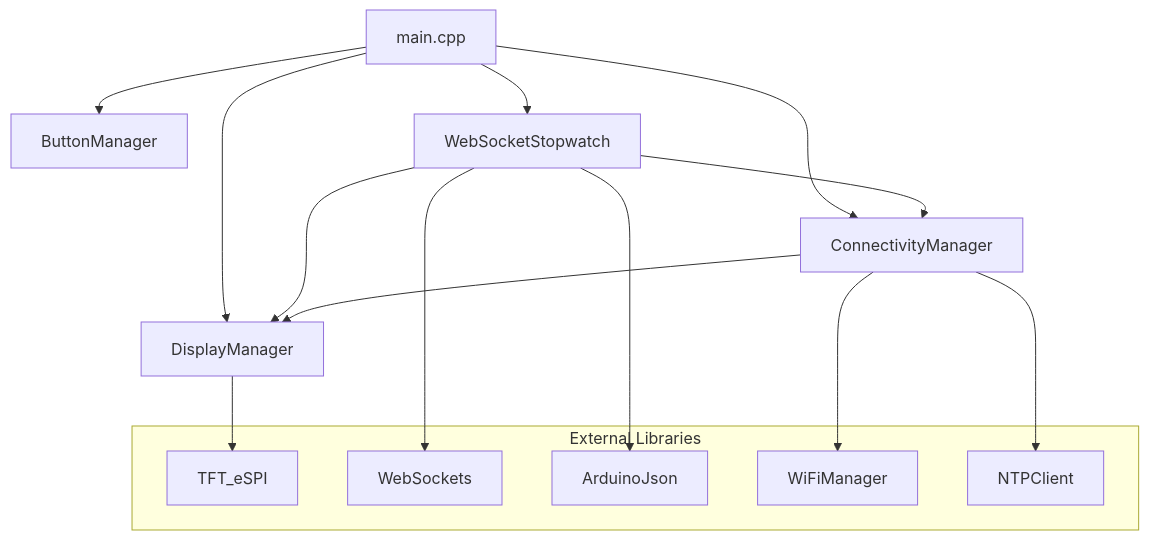
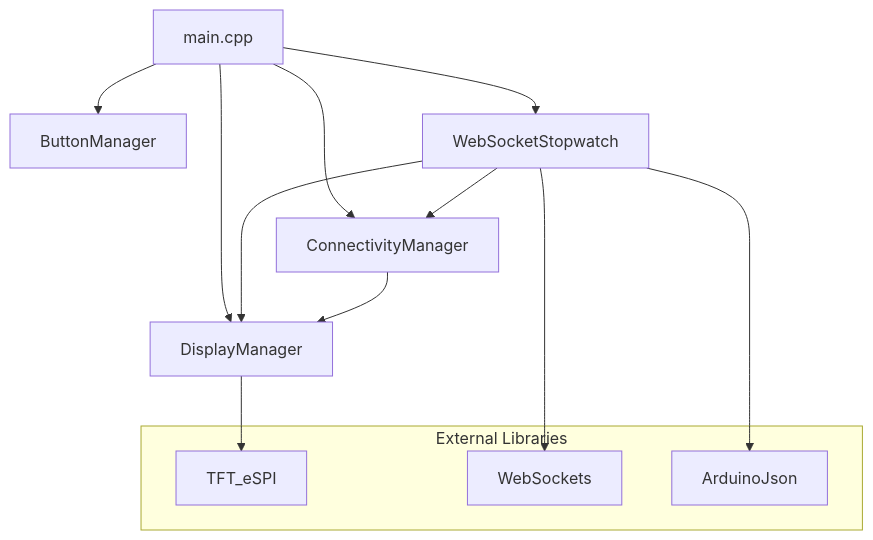
The second of 2 diagrams in docs/DEVELOPER.md (spelbreker/swimwatch-hardware), drawn with Mermaid before and after one commit. The commit also changed other lines of this file and 6 other files, not shown here.

````diff
--- a/docs/DEVELOPER.md
+++ b/docs/DEVELOPER.md
@@ -36,25 +36,21 @@
 ```mermaid
 graph TD
     A[main.cpp] --> B[DisplayManager]
     A --> C[ButtonManager]
     A --> D[ConnectivityManager]
     A --> E[WebSocketStopwatch]
     
     E --> B
     E --> D
     D --> B
     
     subgraph "External Libraries"
         F[TFT_eSPI]
         G[WebSockets]
         H[ArduinoJson]
-        I[WiFiManager]
-        J[NTPClient]
     end
     
     B --> F
     E --> G
     E --> H
-    D --> I
-    D --> J
 ```
````
